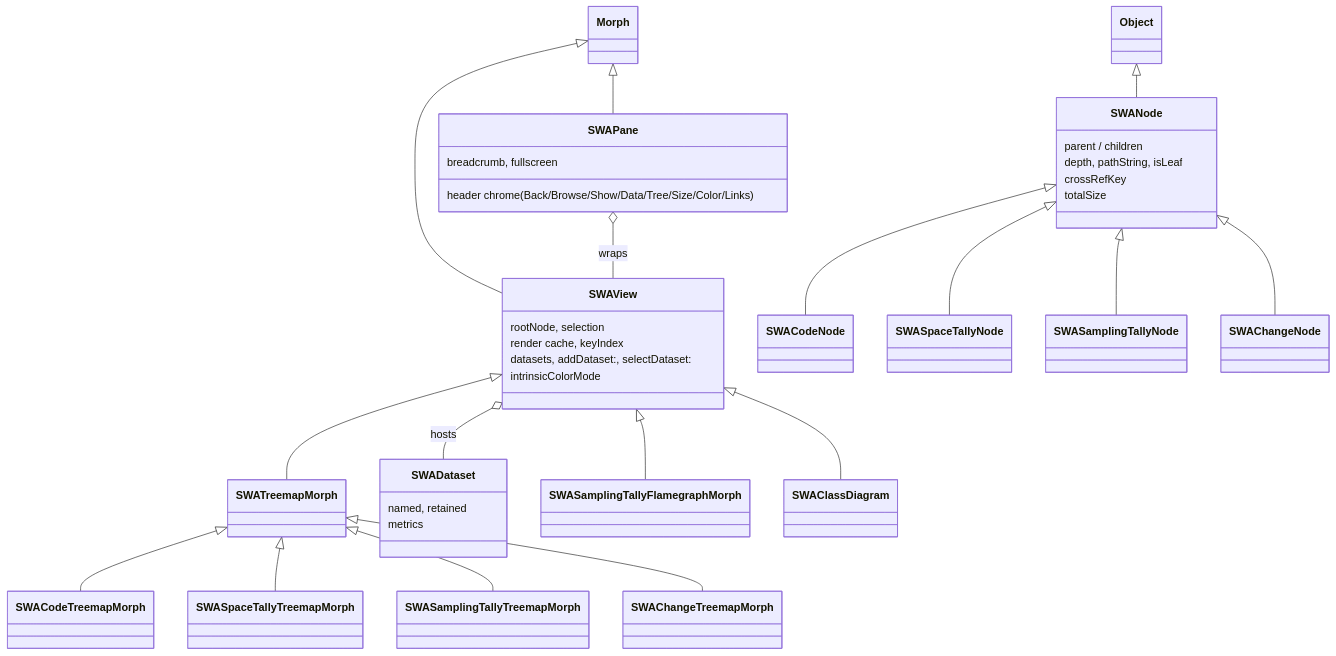
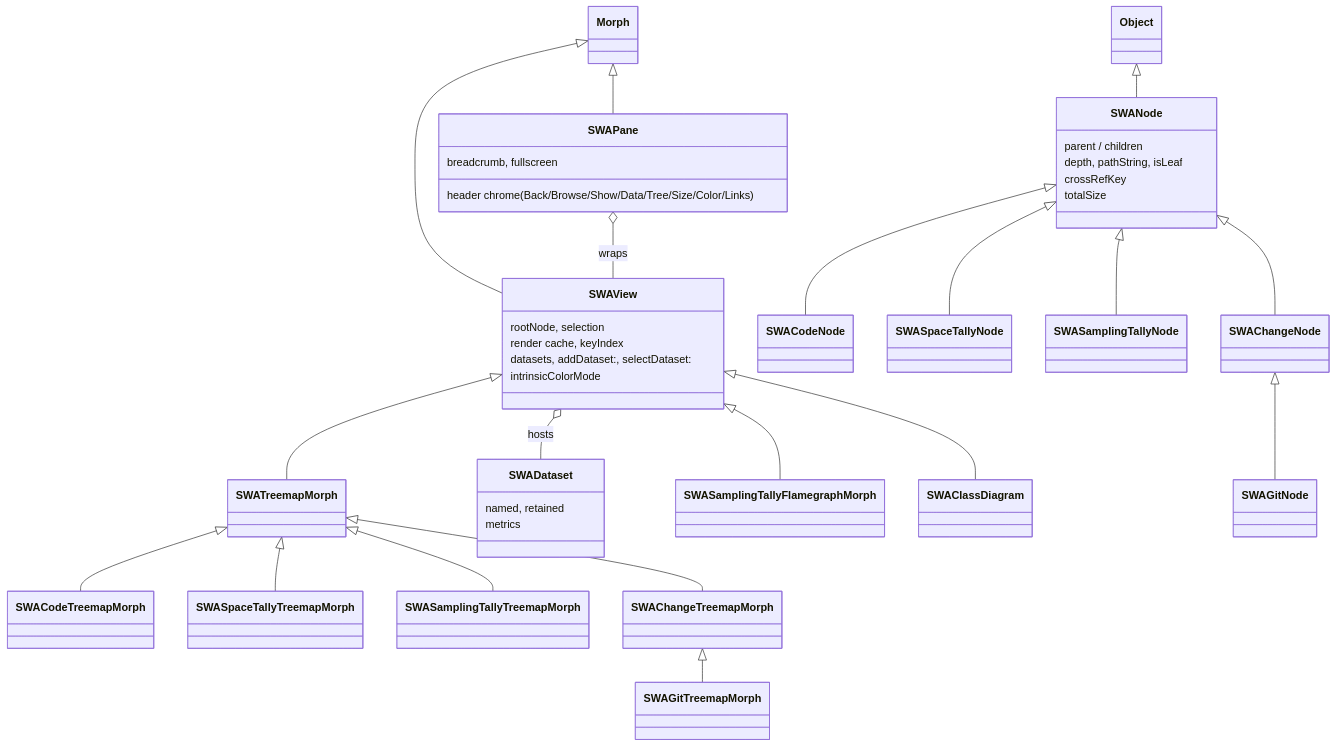
One commit to hpi-swa-lab/squeak-object-space-tally changed the second of 2 diagrams in doc/packages.md. Above: the diagram before and after it, drawn with Mermaid. The commit also changed other lines of this file and 8 other files, not shown here.

````diff
--- a/doc/packages.md
+++ b/doc/packages.md
@@ -96,44 +100,46 @@
 ```mermaid
 classDiagram
     class SWANode {
         parent / children
         depth, pathString, isLeaf
         crossRefKey
         totalSize
     }
     class SWAView {
         rootNode, selection
         render cache, keyIndex
         datasets, addDataset:, selectDataset:
         intrinsicColorMode
     }
     class SWAPane {
         header chrome (Back/Browse/Show/Data/Tree/Size/Color/Links)
         breadcrumb, fullscreen
     }
     class SWATreemapMorph
     class SWADataset {
         named, retained
         metrics
     }
 
     Object <|-- SWANode
     Morph <|-- SWAView
     Morph <|-- SWAPane
     SWAView <|-- SWATreemapMorph
     SWAView <|-- SWASamplingTallyFlamegraphMorph
     SWAView <|-- SWAClassDiagram
 
     SWANode <|-- SWACodeNode
     SWANode <|-- SWASpaceTallyNode
     SWANode <|-- SWASamplingTallyNode
     SWANode <|-- SWAChangeNode
+    SWAChangeNode <|-- SWAGitNode
 
     SWATreemapMorph <|-- SWACodeTreemapMorph
     SWATreemapMorph <|-- SWASpaceTallyTreemapMorph
     SWATreemapMorph <|-- SWASamplingTallyTreemapMorph
     SWATreemapMorph <|-- SWAChangeTreemapMorph
+    SWAChangeTreemapMorph <|-- SWAGitTreemapMorph
 
     SWAView o-- SWADataset : hosts
     SWAPane o-- SWAView : wraps
 ```
````
